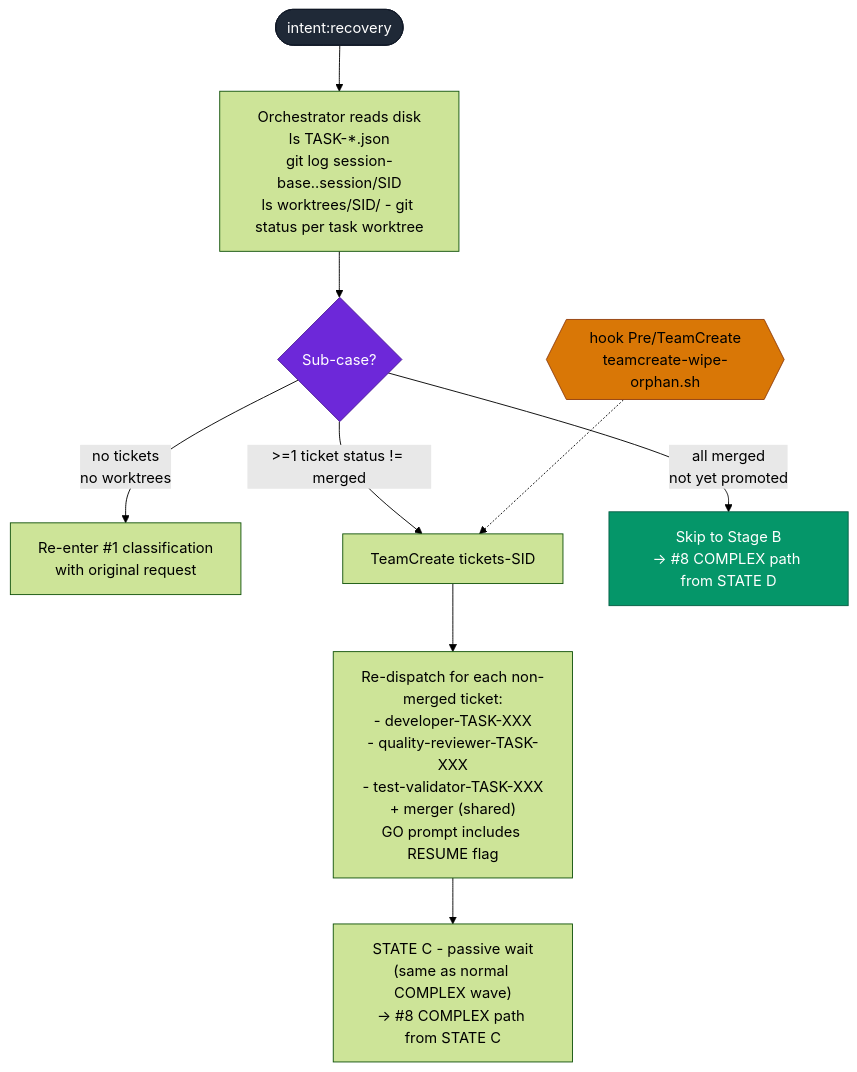
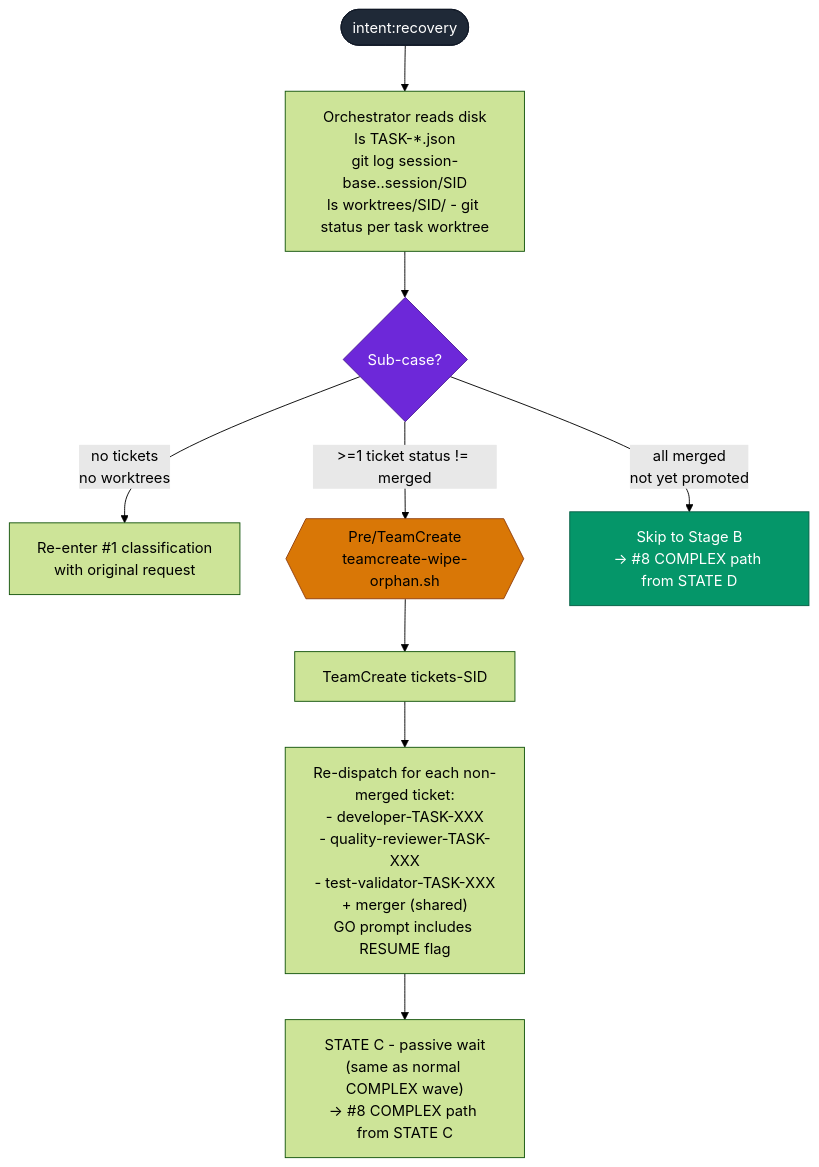
Before and after one commit to marmelab/crm-builder: the second of 10 diagrams in docs/agents-diagram.md, drawn with Mermaid (forest theme). The commit also changed other lines of this file, not shown here.

Commit message:
Second pass diagram

````diff
--- a/docs/agents-diagram.md
+++ b/docs/agents-diagram.md
@@ -41,24 +41,23 @@
 ```mermaid
 flowchart TD
  
     classDef agent fill:#2563EB,stroke:#1E40AF,color:#fff
     classDef hook fill:#D97706,stroke:#92400E,color:#000
     classDef decision fill:#6D28D9,stroke:#4C1D95,color:#fff
  
     classDef terminal fill:#1F2937,stroke:#111827,color:#fff
  
     classDef promote fill:#059669,stroke:#065F46,color:#fff
     START([intent:recovery]):::terminal
  START --> INSPECT["Orchestrator reads disk\nls TASK-*.json\ngit log session-base..session/SID\nls worktrees/SID/ - git status per task worktree"]
 
  INSPECT --> CASE{Sub-case?}:::decision
 
  CASE -->|"no tickets\nno worktrees"| RETRY["Re-enter #1 classification\nwith original request"]
 
- CASE -->|">=1 ticket status != merged"| RC_TEAM["TeamCreate tickets-SID"]
-    H_WIPE{{hook Pre/TeamCreate\nteamcreate-wipe-orphan.sh}}:::hook -.-> RC_TEAM
+ CASE -->|">=1 ticket status != merged"| H_WIPE{{Pre/TeamCreate\nteamcreate-wipe-orphan.sh}}:::hook --> RC_TEAM["TeamCreate tickets-SID"]
  RC_TEAM --> RC_DISP["Re-dispatch for each non-merged ticket:\n- developer-TASK-XXX\n- quality-reviewer-TASK-XXX\n- test-validator-TASK-XXX\n+ merger (shared)\nGO prompt includes RESUME flag"]
  RC_DISP --> RC_WAIT["STATE C - passive wait\n(same as normal COMPLEX wave)\n-> #8 COMPLEX path from STATE C"]
 
  CASE -->|"all merged\nnot yet promoted"| RC_PROMOTE["Skip to Stage B\n-> #8 COMPLEX path from STATE D"]:::promote
 ```
````
